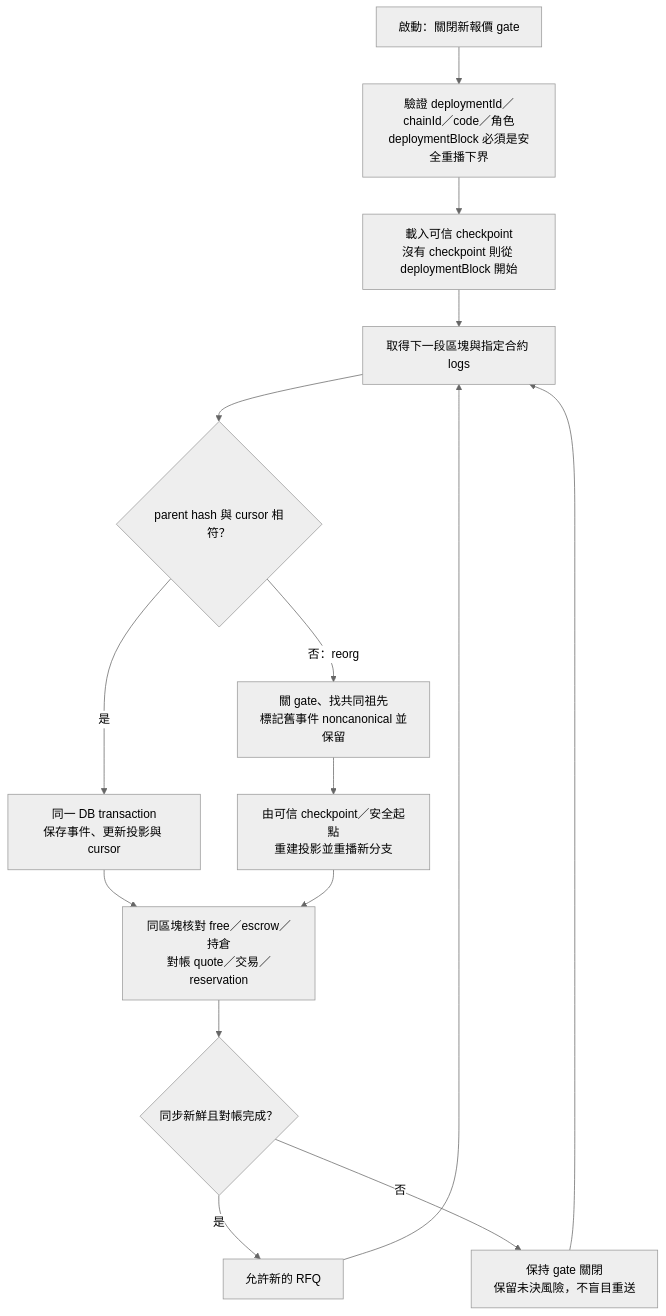
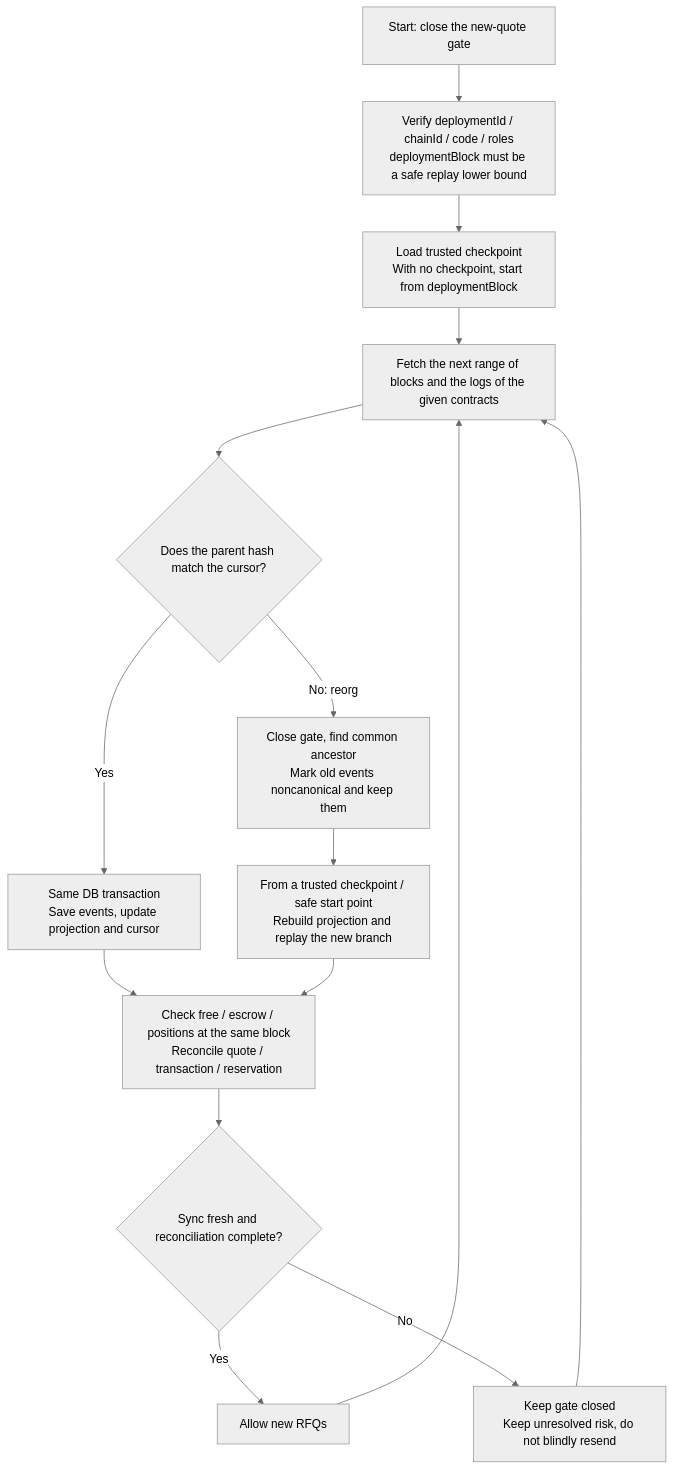
One commit to Blink-Markets/blinkmarket changed the fifth of 5 diagrams in docs/ARCHITECTURE_GUIDE.md. Above: the diagram before and after it, drawn with Mermaid (neutral theme). The commit also changed other lines of this file and 54 other files, not shown here.

````diff
--- a/docs/ARCHITECTURE_GUIDE.md
+++ b/docs/ARCHITECTURE_GUIDE.md
@@ -185,17 +185,17 @@
 ```mermaid
 flowchart TD
-    Start["啟動：關閉新報價 gate"] --> Verify["驗證 deploymentId／chainId／code／角色<br/>deploymentBlock 必須是安全重播下界"]
-    Verify --> Cursor["載入可信 checkpoint<br/>沒有 checkpoint 則從 deploymentBlock 開始"]
-    Cursor --> Header["取得下一段區塊與指定合約 logs"]
-    Header --> Parent{"parent hash 與 cursor 相符？"}
-    Parent -- "是" --> Apply["同一 DB transaction<br/>保存事件、更新投影與 cursor"]
-    Apply --> Reconcile["同區塊核對 free／escrow／持倉<br/>對帳 quote／交易／reservation"]
-    Reconcile --> Fresh{"同步新鮮且對帳完成？"}
-    Fresh -- "是" --> Ready["允許新的 RFQ"]
+    Start["Start: close the new-quote gate"] --> Verify["Verify deploymentId / chainId / code / roles<br/>deploymentBlock must be a safe replay lower bound"]
+    Verify --> Cursor["Load trusted checkpoint<br/>With no checkpoint, start from deploymentBlock"]
+    Cursor --> Header["Fetch the next range of blocks and the logs of the given contracts"]
+    Header --> Parent{"Does the parent hash match the cursor?"}
+    Parent -- "Yes" --> Apply["Same DB transaction<br/>Save events, update projection and cursor"]
+    Apply --> Reconcile["Check free / escrow / positions at the same block<br/>Reconcile quote / transaction / reservation"]
+    Reconcile --> Fresh{"Sync fresh and reconciliation complete?"}
+    Fresh -- "Yes" --> Ready["Allow new RFQs"]
     Ready --> Header
-    Fresh -- "否" --> Closed["保持 gate 關閉<br/>保留未決風險，不盲目重送"]
+    Fresh -- "No" --> Closed["Keep gate closed<br/>Keep unresolved risk, do not blindly resend"]
     Closed --> Header
-    Parent -- "否：reorg" --> Reorg["關 gate、找共同祖先<br/>標記舊事件 noncanonical 並保留"]
-    Reorg --> Rebuild["由可信 checkpoint／安全起點<br/>重建投影並重播新分支"]
+    Parent -- "No: reorg" --> Reorg["Close gate, find common ancestor<br/>Mark old events noncanonical and keep them"]
+    Reorg --> Rebuild["From a trusted checkpoint / safe start point<br/>Rebuild projection and replay the new branch"]
     Rebuild --> Reconcile
 ```
````
